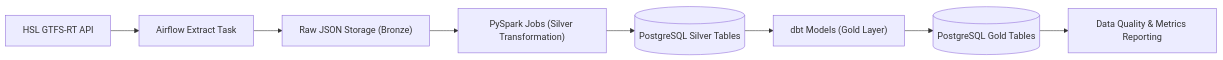
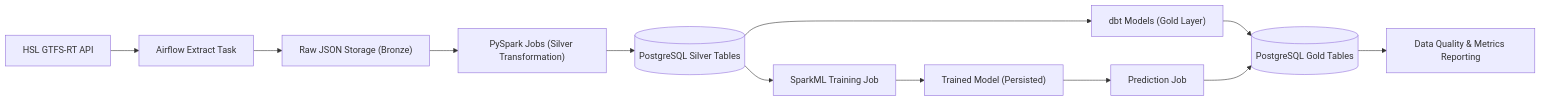
One commit to jestebanpelaez18/hsl-gtfs-realtime-pipeline changed the diagram in README.md. Above: the diagram before and after it, drawn with Mermaid. The commit also changed other lines of this file and 1 other file, not shown here.

````diff
--- a/README.md
+++ b/README.md
@@ -43,10 +43,14 @@
 ```mermaid
 graph LR
     A["HSL GTFS-RT API"] --> B["Airflow Extract Task"]
     B --> C["Raw JSON Storage (Bronze)"]
     C --> D["PySpark Jobs (Silver Transformation)"]
     D --> E[("PostgreSQL Silver Tables")]
     E --> F["dbt Models (Gold Layer)"]
     F --> G[("PostgreSQL Gold Tables")]
     G --> H["Data Quality & Metrics Reporting"]
+    E --> I["SparkML Training Job"]
+    I --> J["Trained Model (Persisted)"]
+    J --> K["Prediction Job"]
+    K --> G
 ```
````
